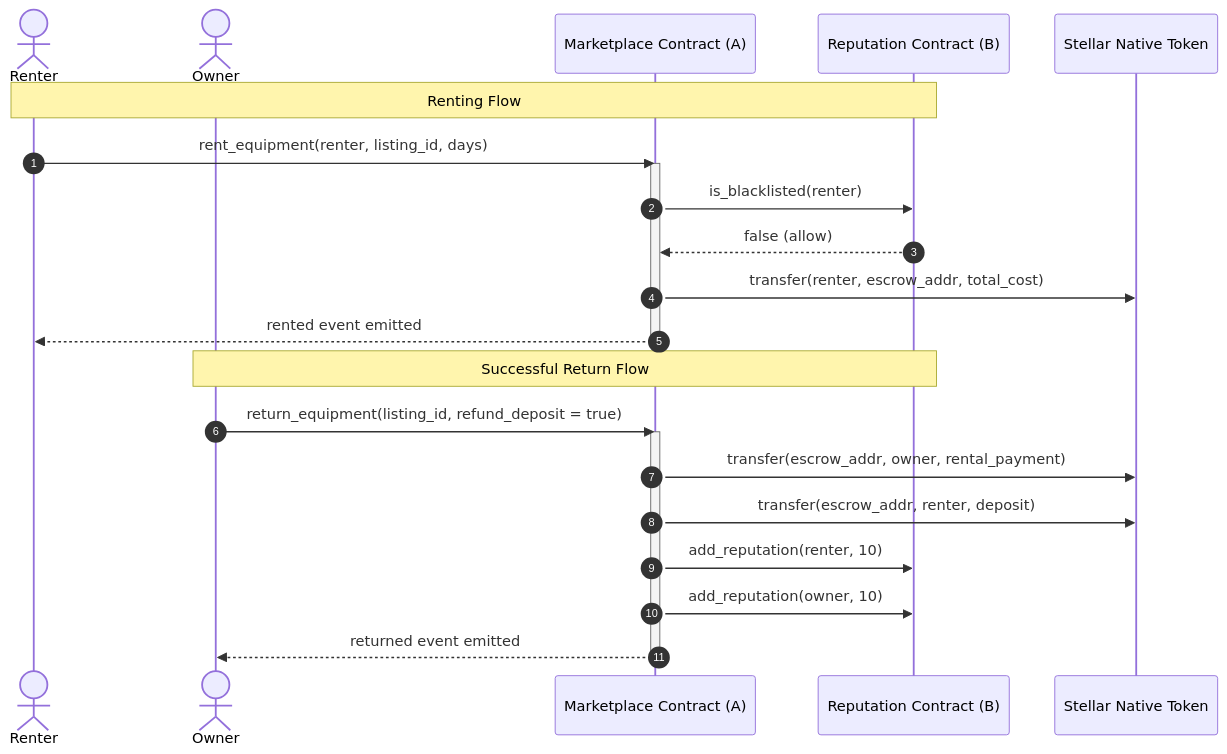
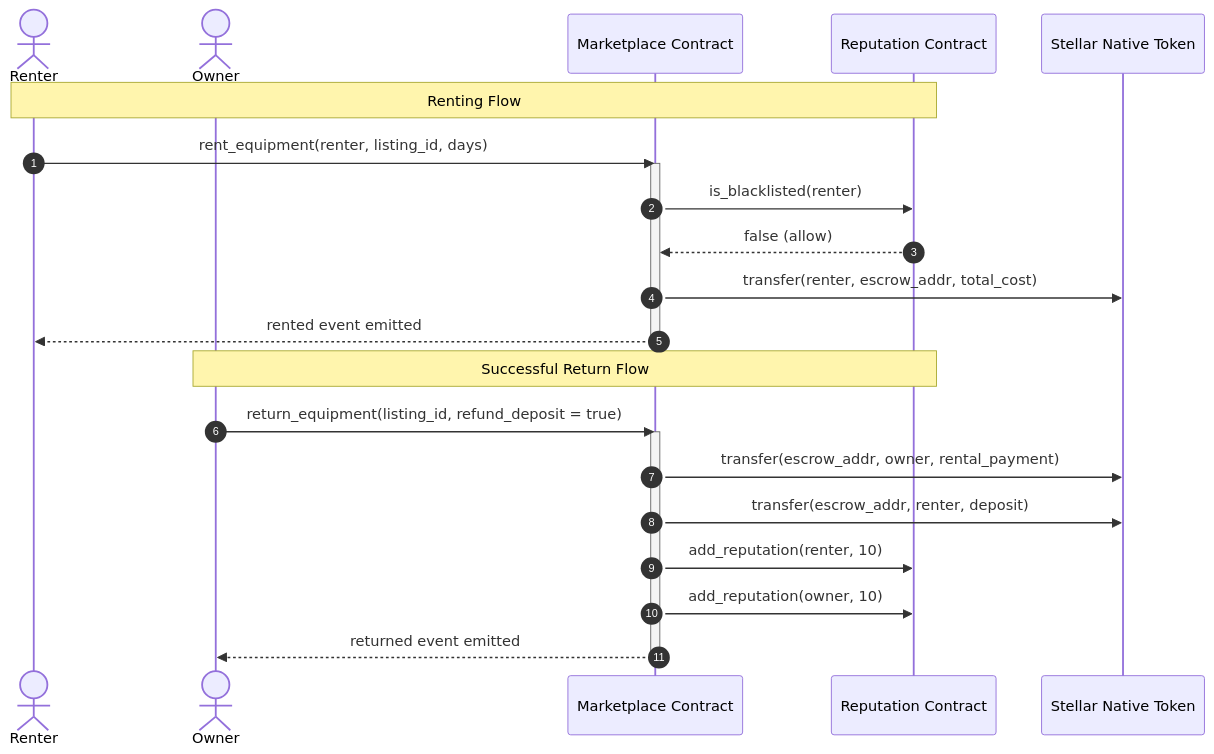
One commit to shouvik7majumdar/euipment-rental-marketplace changed the second of 2 diagrams in README.md. Above: the diagram before and after it, drawn with Mermaid. The commit also changed other lines of this file, not shown here.

````diff
--- a/README.md
+++ b/README.md
@@ -35,28 +56,28 @@
 ```mermaid
 sequenceDiagram
     autonumber
     actor Renter
     actor Owner
-    participant Marketplace as Marketplace Contract (A)
-    participant Reputation as Reputation Contract (B)
+    participant Marketplace as Marketplace Contract
+    participant Reputation as Reputation Contract
     participant Token as Stellar Native Token
 
     Note over Renter, Reputation: Renting Flow
     Renter->>Marketplace: rent_equipment(renter, listing_id, days)
     activate Marketplace
     Marketplace->>Reputation: is_blacklisted(renter)
     Reputation-->>Marketplace: false (allow)
     Marketplace->>Token: transfer(renter, escrow_addr, total_cost)
     Marketplace-->>Renter: rented event emitted
     deactivate Marketplace
 
     Note over Owner, Reputation: Successful Return Flow
     Owner->>Marketplace: return_equipment(listing_id, refund_deposit = true)
     activate Marketplace
     Marketplace->>Token: transfer(escrow_addr, owner, rental_payment)
     Marketplace->>Token: transfer(escrow_addr, renter, deposit)
     Marketplace->>Reputation: add_reputation(renter, 10)
     Marketplace->>Reputation: add_reputation(owner, 10)
     Marketplace-->>Owner: returned event emitted
     deactivate Marketplace
 ```
````
